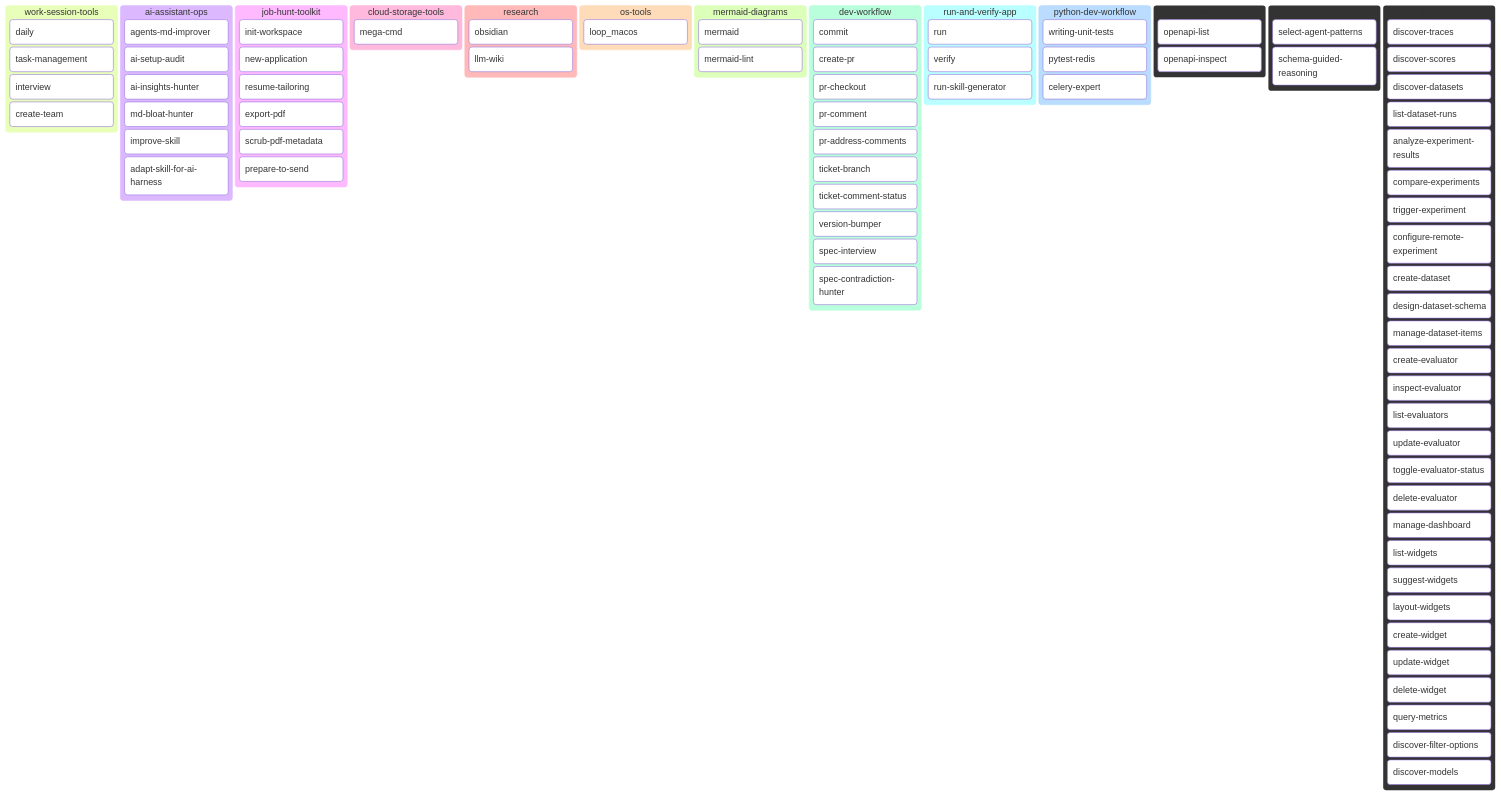
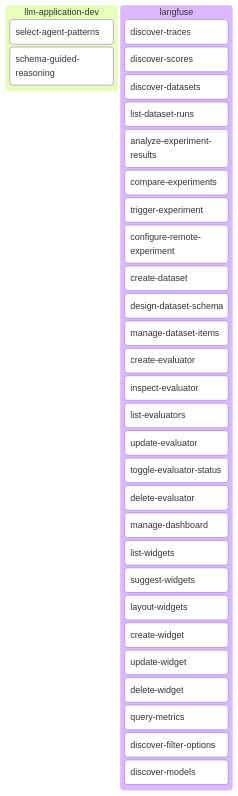
One commit to Alex-Kopylov/zweihander changed the fourth of 4 diagrams in README.md. Above: the diagram before and after it, drawn with Mermaid. The commit also changed 1 other file, not shown here.

Commit message:
fix(readme): split plugin catalog kanban boards

````diff
--- a/README.md
+++ b/README.md
@@ -13,56 +84,5 @@
 ```mermaid
 kanban
-  work_session_tools[work-session-tools]
-    wst_daily[daily]
-    wst_task_management[task-management]
-    wst_interview[interview]
-    wst_create_team[create-team]
-  ai_assistant_ops[ai-assistant-ops]
-    aao_agents_md_improver[agents-md-improver]
-    aao_ai_setup_audit[ai-setup-audit]
-    aao_ai_insights_hunter[ai-insights-hunter]
-    aao_md_bloat_hunter[md-bloat-hunter]
-    aao_improve_skill[improve-skill]
-    aao_adapt_skill_for_ai_harness[adapt-skill-for-ai-harness]
-  job_hunt_toolkit[job-hunt-toolkit]
-    jht_init_workspace[init-workspace]
-    jht_new_application[new-application]
-    jht_resume_tailoring[resume-tailoring]
-    jht_export_pdf[export-pdf]
-    jht_scrub_pdf_metadata[scrub-pdf-metadata]
-    jht_prepare_to_send[prepare-to-send]
-  cloud_storage_tools[cloud-storage-tools]
-    cst_mega_cmd[mega-cmd]
-  research[research]
-    research_obsidian[obsidian]
-    research_llm_wiki[llm-wiki]
-  os_tools[os-tools]
-    os_loop_macos[loop_macos]
-  mermaid_diagrams[mermaid-diagrams]
-    md_mermaid[mermaid]
-    md_mermaid_lint[mermaid-lint]
-  dev_workflow[dev-workflow]
-    dw_commit[commit]
-    dw_create_pr[create-pr]
-    dw_pr_checkout[pr-checkout]
-    dw_pr_comment[pr-comment]
-    dw_pr_address_comments[pr-address-comments]
-    dw_ticket_branch[ticket-branch]
-    dw_ticket_comment_status[ticket-comment-status]
-    dw_version_bumper[version-bumper]
-    dw_spec_interview[spec-interview]
-    dw_spec_contradiction_hunter[spec-contradiction-hunter]
-  run_and_verify_app[run-and-verify-app]
-    rva_run[run]
-    rva_verify[verify]
-    rva_run_skill_generator[run-skill-generator]
-  python_dev_workflow[python-dev-workflow]
-    pdw_writing_unit_tests[writing-unit-tests]
-    pdw_pytest_redis[pytest-redis]
-    pdw_celery_expert[celery-expert]
-  openapi_tools[openapi-tools]
-    oat_openapi_list[openapi-list]
-    oat_openapi_inspect[openapi-inspect]
   llm_application_dev[llm-application-dev]
     lad_select_agent_patterns[select-agent-patterns]
     lad_schema_guided_reasoning[schema-guided-reasoning]
````
